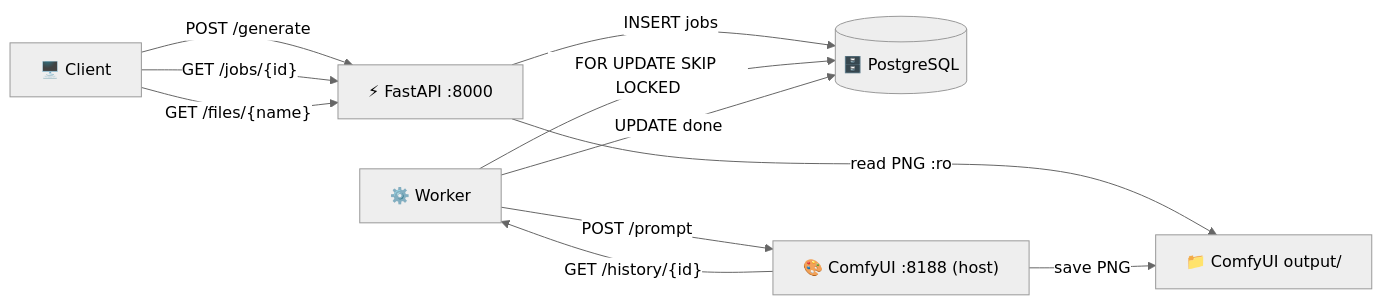
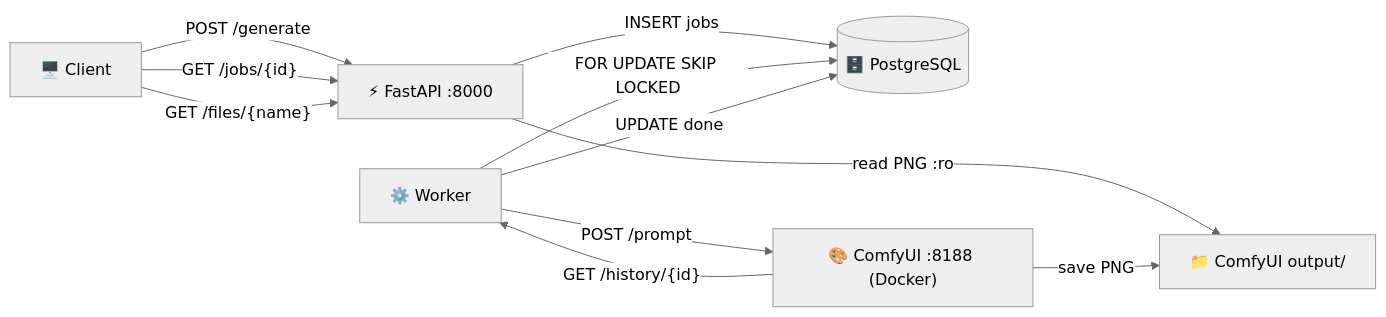
The diagram in README.md (Bogdan-95/content-factory-console), drawn with Mermaid (neutral theme) before and after one commit. The commit also changed other lines of this file and 35 other files, not shown here.

````diff
--- a/README.md
+++ b/README.md
@@ -121,13 +361,13 @@
 ```mermaid
 graph LR
     A["🖥️ Client"] -->|"POST /generate"| B["⚡ FastAPI :8000"]
     B -->|"INSERT jobs"| C[("🗄️ PostgreSQL")]
     D["⚙️ Worker"] -->|"FOR UPDATE SKIP LOCKED"| C
-    D -->|"POST /prompt"| E["🎨 ComfyUI :8188 (host)"]
+    D -->|"POST /prompt"| E["🎨 ComfyUI :8188 (Docker)"]
     E -->|"GET /history/{id}"| D
     D -->|"UPDATE done"| C
     A -->|"GET /jobs/{id}"| B
     A -->|"GET /files/{name}"| B
     B -->|"read PNG :ro"| F["📁 ComfyUI output/"]
     E -->|"save PNG"| F
 ```
````
